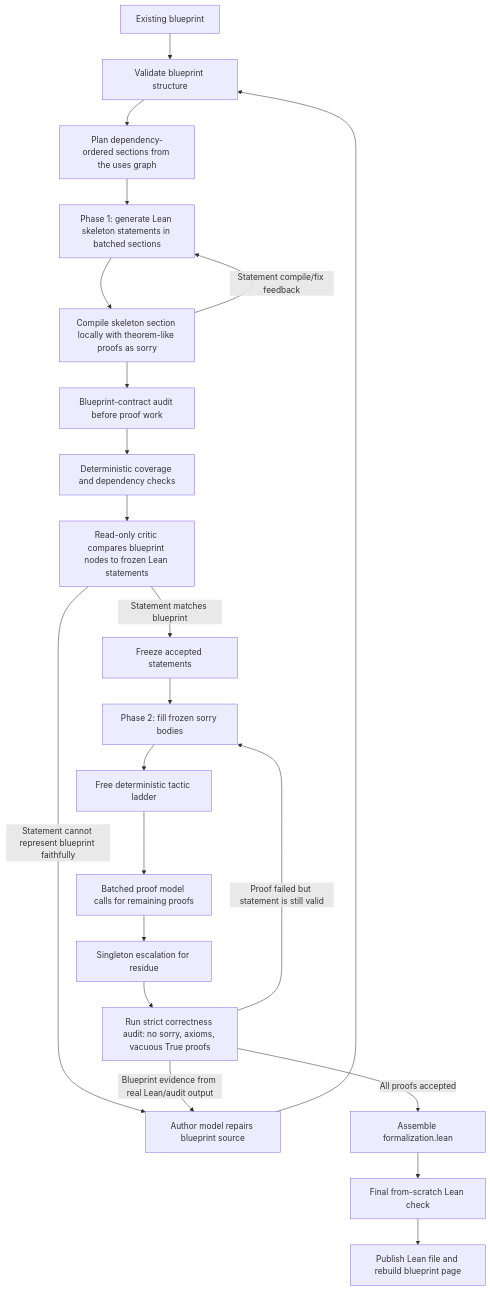
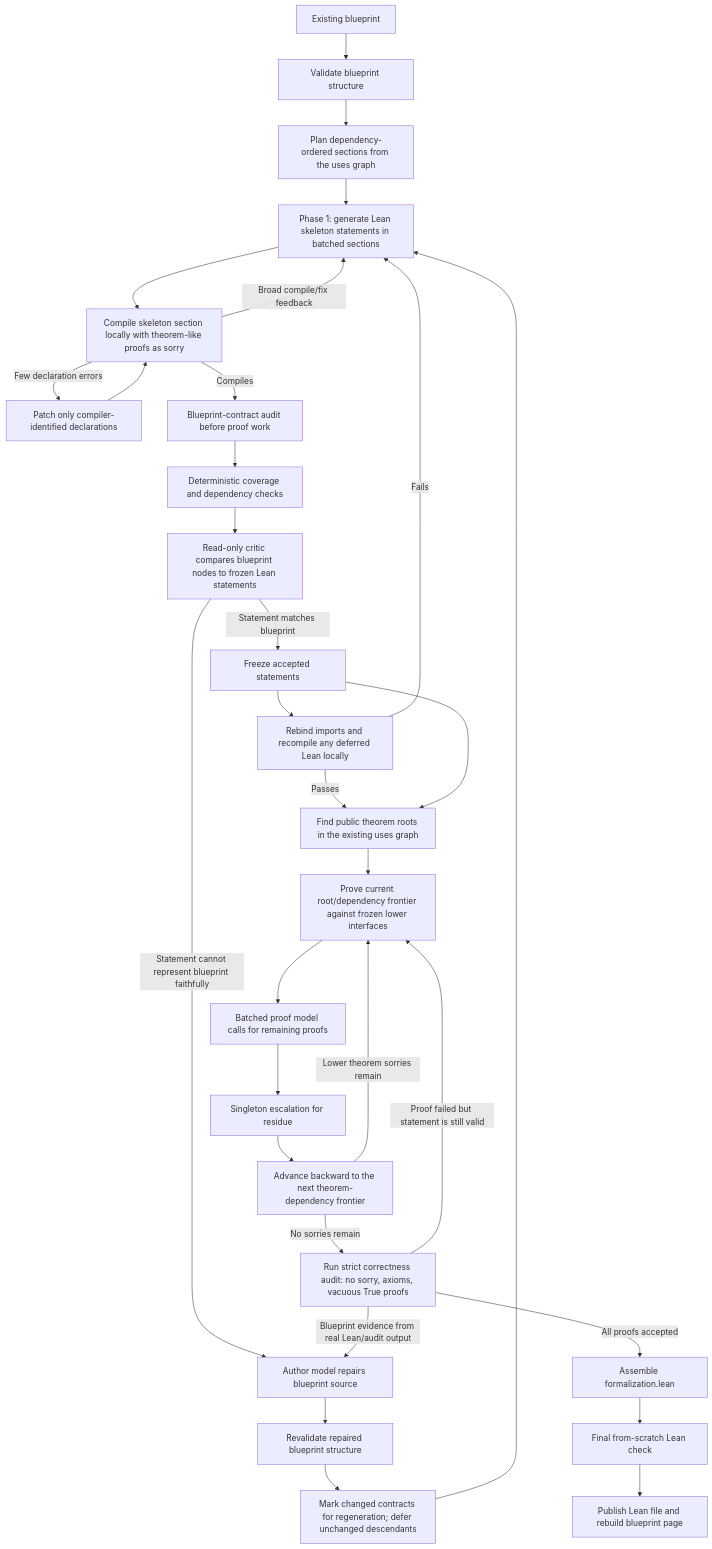
The first of 2 diagrams in README.md (rafaelcastrorc/formalizer), drawn with Mermaid before and after one commit. The commit also changed other lines of this file and 7 other files, not shown here.

````diff
--- a/README.md
+++ b/README.md
@@ -409,24 +463,33 @@
 ```mermaid
 flowchart TD
     A["Existing blueprint"] --> B["Validate blueprint structure"]
     B --> C["Plan dependency-ordered sections from the uses graph"]
     C --> D["Phase 1: generate Lean skeleton statements in batched sections"]
     D --> E["Compile skeleton section locally with theorem-like proofs as sorry"]
-    E -->|Statement compile/fix feedback| D
-    E --> F["Blueprint-contract audit before proof work"]
+    E -->|Few declaration errors| EP["Patch only compiler-identified declarations"]
+    EP --> E
+    E -->|Broad compile/fix feedback| D
+    E -->|Compiles| F["Blueprint-contract audit before proof work"]
     F --> G["Deterministic coverage and dependency checks"]
     G --> H["Read-only critic compares blueprint nodes to frozen Lean statements"]
     H -->|Statement matches blueprint| I["Freeze accepted statements"]
     H -->|Statement cannot represent blueprint faithfully| R["Author model repairs blueprint source"]
-    R --> B
-    I --> J["Phase 2: fill frozen sorry bodies"]
-    J --> K["Free deterministic tactic ladder"]
+    R --> RV["Revalidate repaired blueprint structure"]
+    RV --> RC["Mark changed contracts for regeneration; defer unchanged descendants"]
+    RC --> D
+    I --> RR["Rebind imports and recompile any deferred Lean locally"]
+    RR -->|Passes| J
+    RR -->|Fails| D
+    I --> J["Find public theorem roots in the existing uses graph"]
+    J --> K["Prove current root/dependency frontier against frozen lower interfaces"]
     K --> L["Batched proof model calls for remaining proofs"]
     L --> M["Singleton escalation for residue"]
-    M --> N["Run strict correctness audit: no sorry, axioms, vacuous True proofs"]
-    N -->|Proof failed but statement is still valid| J
-    N -->|Blueprint evidence from real Lean/audit output| R
-    N -->|All proofs accepted| O["Assemble formalization.lean"]
+    M --> N["Advance backward to the next theorem-dependency frontier"]
+    N -->|Lower theorem sorries remain| K
+    N -->|No sorries remain| V["Run strict correctness audit: no sorry, axioms, vacuous True proofs"]
+    V -->|Proof failed but statement is still valid| K
+    V -->|Blueprint evidence from real Lean/audit output| R
+    V -->|All proofs accepted| O["Assemble formalization.lean"]
     O --> P["Final from-scratch Lean check"]
     P --> Q["Publish Lean file and rebuild blueprint page"]
 ```
````
